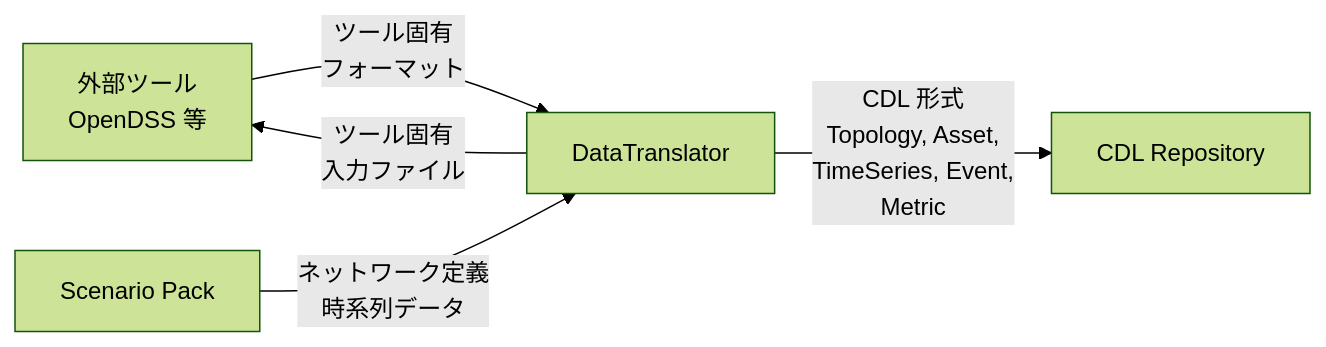
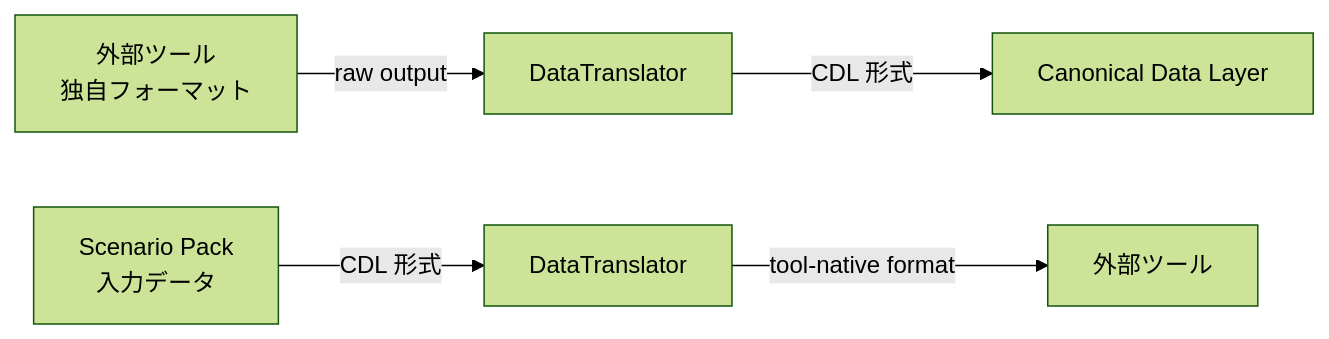
Before and after one commit to bottlenome/gridflow: the second of 4 diagrams in docs/basic_design/03_function_design.md, drawn with Mermaid (forest theme). The commit also changed other lines of this file and 1 other file, not shown here.

````diff
--- a/docs/basic_design/03_function_design.md
+++ b/docs/basic_design/03_function_design.md
@@ -224,7 +263,7 @@
 ```mermaid
 flowchart LR
-    A[外部ツール<br/>OpenDSS 等] -->|ツール固有<br/>フォーマット| B[DataTranslator]
-    B -->|CDL 形式<br/>Topology, Asset,<br/>TimeSeries, Event,<br/>Metric| C[CDL Repository]
-    D[Scenario Pack] -->|ネットワーク定義<br/>時系列データ| B
-    B -->|ツール固有<br/>入力ファイル| A
+    A[外部ツール<br>独自フォーマット] -->|raw output| B[DataTranslator]
+    B -->|CDL 形式| C[Canonical Data Layer]
+    D[Scenario Pack<br>入力データ] -->|CDL 形式| E[DataTranslator]
+    E -->|tool-native format| F[外部ツール]
 ```
````
